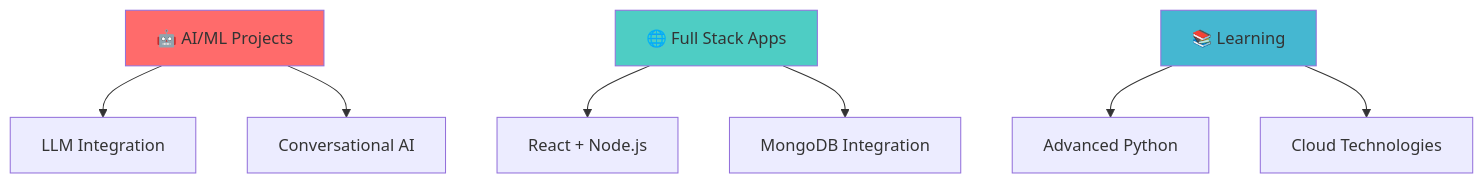
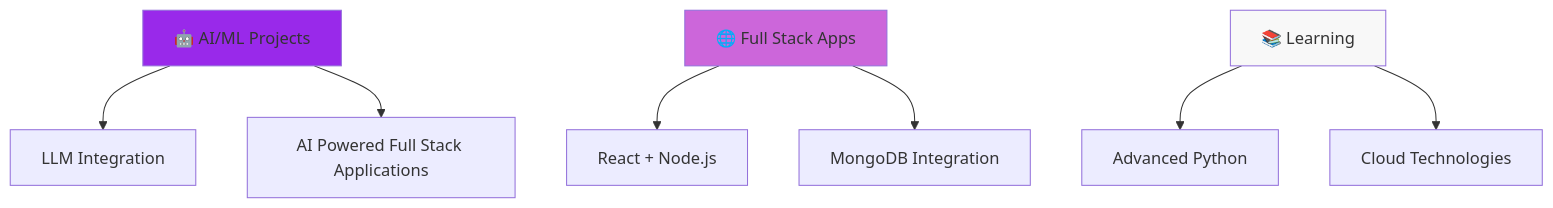
The diagram in README.md (0xRoS-200/0xRoS-200), drawn with Mermaid before and after one commit. The commit also changed other lines of this file, not shown here.

````diff
--- a/README.md
+++ b/README.md
@@ -97,13 +97,13 @@
 ```mermaid
 graph TD
     A[🤖 AI/ML Projects] --> B[LLM Integration]
-    A --> C[Conversational AI]
+    A --> C[AI Powered Full Stack Applications]
     D[🌐 Full Stack Apps] --> E[React + Node.js]
     D --> F[MongoDB Integration]
     G[📚 Learning] --> H[Advanced Python]
     G --> I[Cloud Technologies]
     
-    style A fill:#ff6b6b
-    style D fill:#4ecdc4
-    style G fill:#45b7d1
+    style A fill:#9929EA
+    style D fill:#CC66DA
+    style G fill:#F8F8F8
 ```
````
